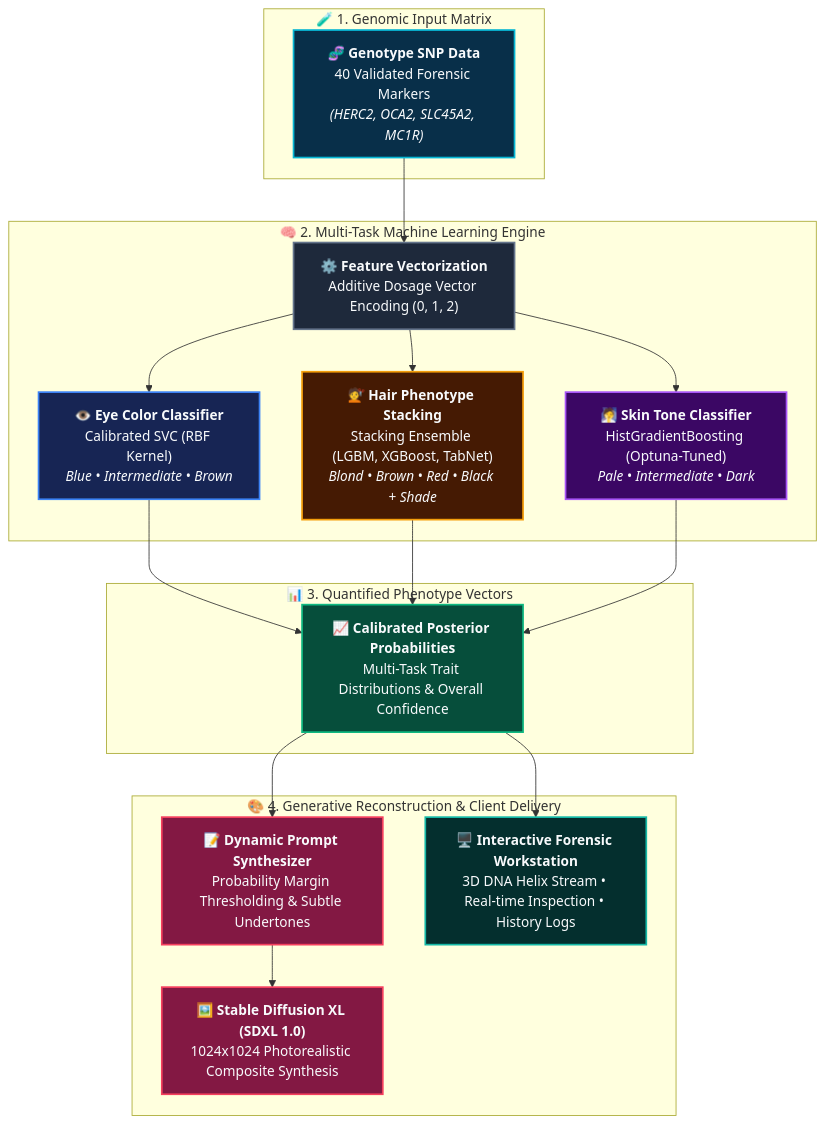
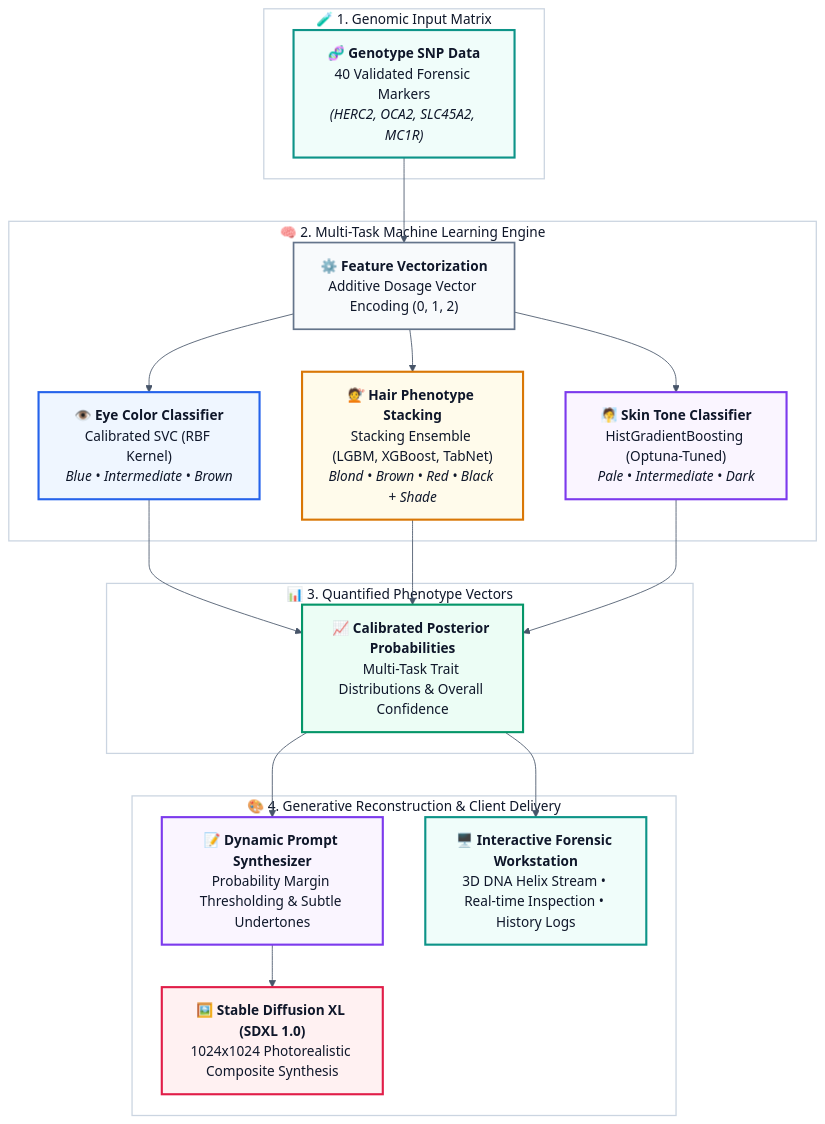
The diagram in README.md (maryamemaddd/GenoScene), drawn with Mermaid before and after one commit. The commit also changed 2 other files, not shown here.

Commit message:
style(diagrams): Set crisp white background with DNA base-pair color scheme across all Mermaid diagrams

````diff
--- a/README.md
+++ b/README.md
@@ -48,55 +48,60 @@
 ```mermaid
+%%{init: {'theme': 'base', 'themeVariables': { 'darkMode': false, 'background': '#FFFFFF', 'mainBkg': '#FFFFFF', 'clusterBkg': '#FFFFFF', 'clusterBorder': '#CBD5E1', 'lineColor': '#475569' }}}%%
 flowchart TD
     subgraph S1 ["🧪 1. Genomic Input Matrix"]
         DNA["🧬 <b>Genotype SNP Data</b><br/>40 Validated Forensic Markers<br/><i>(HERC2, OCA2, SLC45A2, MC1R)</i>"]
     end
 
     subgraph S2 ["🧠 2. Multi-Task Machine Learning Engine"]
         Pre["⚙️ <b>Feature Vectorization</b><br/>Additive Dosage Vector Encoding (0, 1, 2)"]
         
         Eye["👁️ <b>Eye Color Classifier</b><br/>Calibrated SVC (RBF Kernel)<br/><i>Blue • Intermediate • Brown</i>"]
         Hair["💇 <b>Hair Phenotype Stacking</b><br/>Stacking Ensemble (LGBM, XGBoost, TabNet)<br/><i>Blond • Brown • Red • Black + Shade</i>"]
         Skin["🧖 <b>Skin Tone Classifier</b><br/>HistGradientBoosting (Optuna-Tuned)<br/><i>Pale • Intermediate • Dark</i>"]
         
         Pre --> Eye
         Pre --> Hair
         Pre --> Skin
     end
 
     subgraph S3 ["📊 3. Quantified Phenotype Vectors"]
         Pheno["📈 <b>Calibrated Posterior Probabilities</b><br/>Multi-Task Trait Distributions & Overall Confidence"]
     end
 
     subgraph S4 ["🎨 4. Generative Reconstruction & Client Delivery"]
         Prompt["📝 <b>Dynamic Prompt Synthesizer</b><br/>Probability Margin Thresholding & Subtle Undertones"]
         SDXL["🖼️ <b>Stable Diffusion XL (SDXL 1.0)</b><br/>1024x1024 Photorealistic Composite Synthesis"]
         UI["🖥️ <b>Interactive Forensic Workstation</b><br/>3D DNA Helix Stream • Real-time Inspection • History Logs"]
     end
 
     DNA --> Pre
     Eye --> Pheno
     Hair --> Pheno
     Skin --> Pheno
     Pheno --> Prompt
     Prompt --> SDXL
     Pheno --> UI
 
-    classDef cyan fill:#082f49,stroke:#06b6d4,stroke-width:2px,color:#f8fafc;
-    classDef blue fill:#172554,stroke:#3b82f6,stroke-width:2px,color:#f8fafc;
-    classDef amber fill:#451a03,stroke:#f59e0b,stroke-width:2px,color:#f8fafc;
-    classDef purple fill:#3b0764,stroke:#a855f7,stroke-width:2px,color:#f8fafc;
-    classDef emerald fill:#064e3b,stroke:#10b981,stroke-width:2px,color:#f8fafc;
-    classDef rose fill:#831843,stroke:#f43f5e,stroke-width:2px,color:#f8fafc;
-    classDef teal fill:#042f2e,stroke:#14b8a6,stroke-width:2px,color:#f8fafc;
-    classDef slate fill:#1e293b,stroke:#64748b,stroke-width:2px,color:#f8fafc;
+    classDef dnaCyan fill:#F0FDFA,stroke:#0D9488,stroke-width:2.5px,color:#0F172A;
+    classDef dnaBlue fill:#EFF6FF,stroke:#2563EB,stroke-width:2.5px,color:#0F172A;
+    classDef dnaGreen fill:#ECFDF5,stroke:#059669,stroke-width:2.5px,color:#0F172A;
+    classDef dnaAmber fill:#FFFBEB,stroke:#D97706,stroke-width:2.5px,color:#0F172A;
+    classDef dnaPurple fill:#FAF5FF,stroke:#7C3AED,stroke-width:2.5px,color:#0F172A;
+    classDef dnaCoral fill:#FFF1F2,stroke:#E11D48,stroke-width:2.5px,color:#0F172A;
+    classDef dnaSlate fill:#F8FAFC,stroke:#64748B,stroke-width:2px,color:#0F172A;
 
-    class DNA cyan;
-    class Pre slate;
-    class Eye blue;
-    class Hair amber;
-    class Skin purple;
-    class Pheno emerald;
-    class Prompt rose;
-    class SDXL rose;
-    class UI teal;
+    class DNA dnaCyan;
+    class Pre dnaSlate;
+    class Eye dnaBlue;
+    class Hair dnaAmber;
+    class Skin dnaPurple;
+    class Pheno dnaGreen;
+    class Prompt dnaPurple;
+    class SDXL dnaCoral;
+    class UI dnaCyan;
+
+    style S1 fill:#FFFFFF,stroke:#CBD5E1,stroke-width:1.5px,color:#0F172A;
+    style S2 fill:#FFFFFF,stroke:#CBD5E1,stroke-width:1.5px,color:#0F172A;
+    style S3 fill:#FFFFFF,stroke:#CBD5E1,stroke-width:1.5px,color:#0F172A;
+    style S4 fill:#FFFFFF,stroke:#CBD5E1,stroke-width:1.5px,color:#0F172A;
 ```
````
